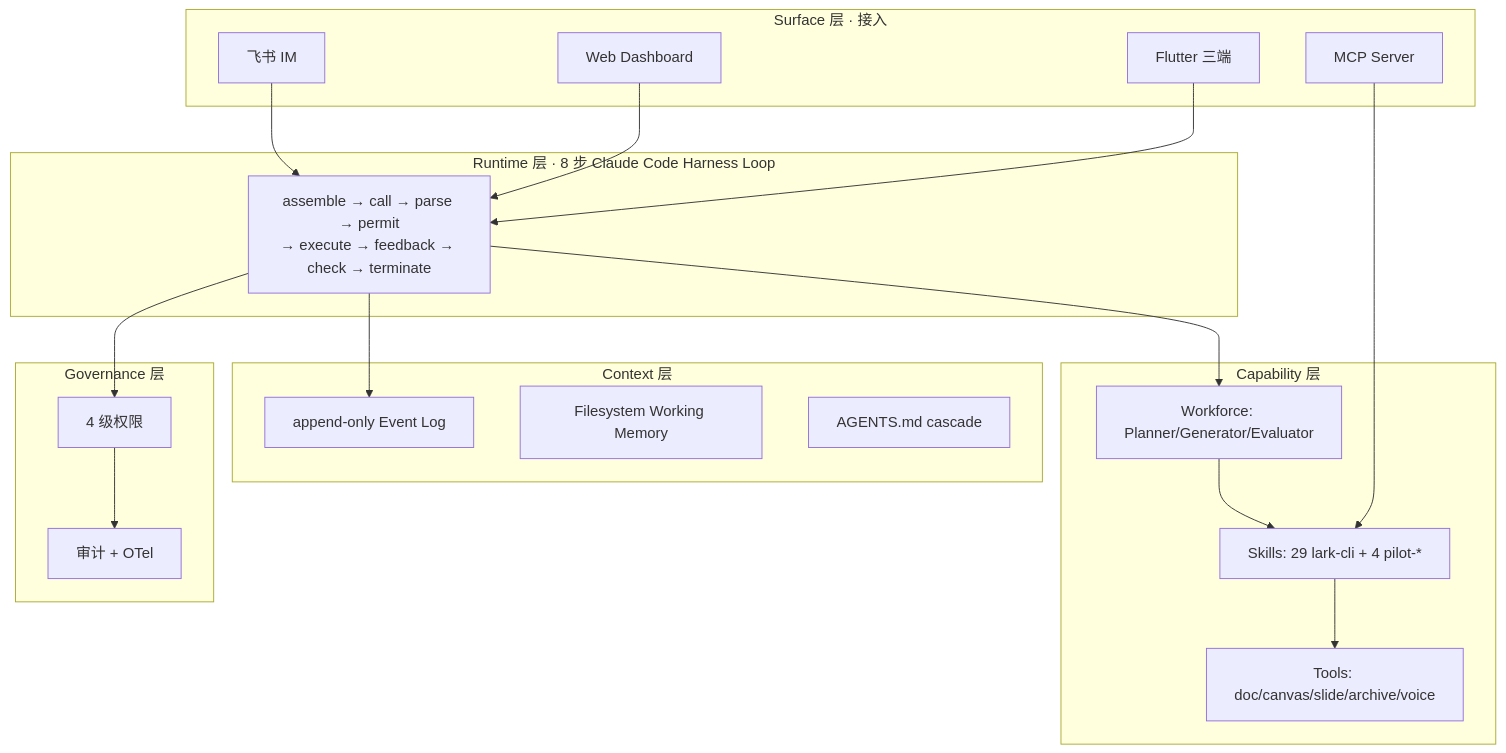
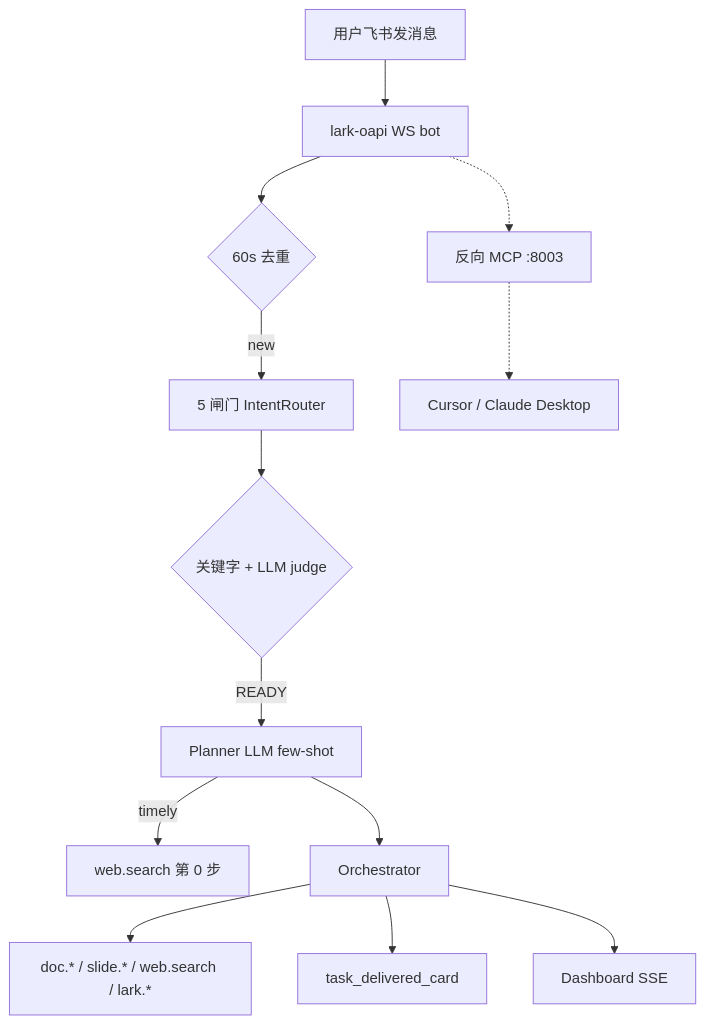
The diagram in README.md (bcefghj/Agent-Pilot), drawn with Mermaid before and after one commit. The commit also changed other lines of this file and 2 other files, not shown here.

First line of the commit message:
feat: 增强联网触发 + 修 bot systemd 启动 + 重写 README

````diff
--- a/README.md
+++ b/README.md
@@ -141,35 +104,15 @@
 ```mermaid
 flowchart TB
-    subgraph S5[Surface 层 · 接入]
-        IM[飞书 IM]
-        WD[Web Dashboard]
-        FT[Flutter 三端]
-        MCP[MCP Server]
-    end
-    subgraph S1[Runtime 层 · 8 步 Claude Code Harness Loop]
-        HARNESS[assemble → call → parse → permit<br/>→ execute → feedback → check → terminate]
-    end
-    subgraph S2[Context 层]
-        EVENTLOG[append-only Event Log]
-        FSMEM[Filesystem Working Memory]
-        AGENTSMD[AGENTS.md cascade]
-    end
-    subgraph S3[Capability 层]
-        WF[Workforce: Planner/Generator/Evaluator]
-        SKILLS[Skills: 29 lark-cli + 4 pilot-*]
-        TOOLS[Tools: doc/canvas/slide/archive/voice]
-    end
-    subgraph S4[Governance 层]
-        PERM[4 级权限]
-        AUDIT[审计 + OTel]
-    end
-    IM --> HARNESS
-    WD --> HARNESS
-    FT --> HARNESS
-    HARNESS --> EVENTLOG
-    HARNESS --> WF
-    WF --> SKILLS --> TOOLS
-    HARNESS --> PERM
-    PERM --> AUDIT
-    MCP --> SKILLS
+    user[用户飞书发消息] --> bot[lark-oapi WS bot]
+    bot --> idem{60s 去重}
+    idem -->|new| router[5 闸门 IntentRouter]
+    router --> g3{关键字 + LLM judge}
+    g3 -->|READY| planner[Planner LLM few-shot]
+    planner -->|timely| ws[web.search 第 0 步]
+    planner --> orch[Orchestrator]
+    orch --> tools[doc.* / slide.* / web.search / lark.*]
+    orch --> deliver[task_delivered_card]
+    orch --> dashboard[Dashboard SSE]
+    bot -.-> mcp[反向 MCP :8003]
+    mcp -.-> cursor[Cursor / Claude Desktop]
 ```
````
